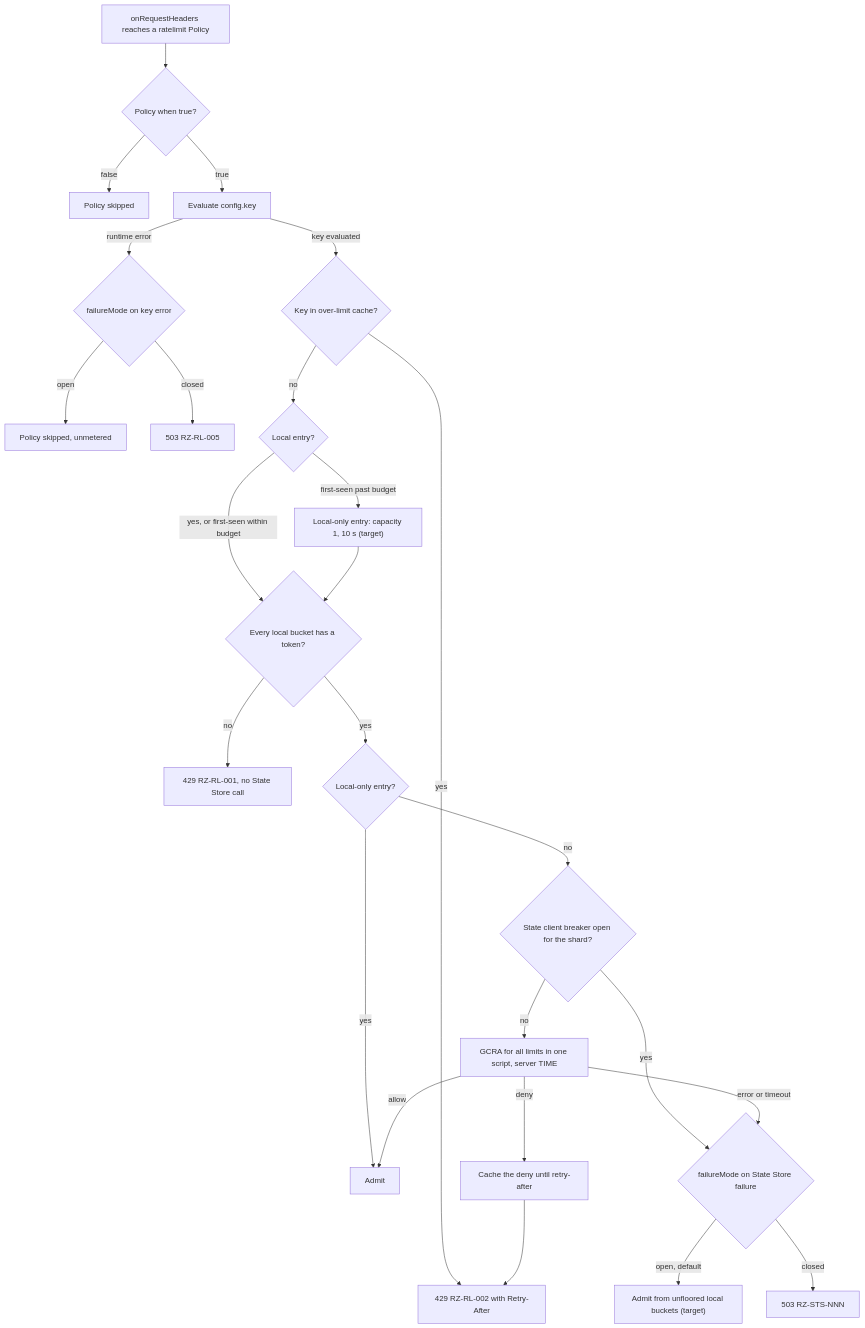
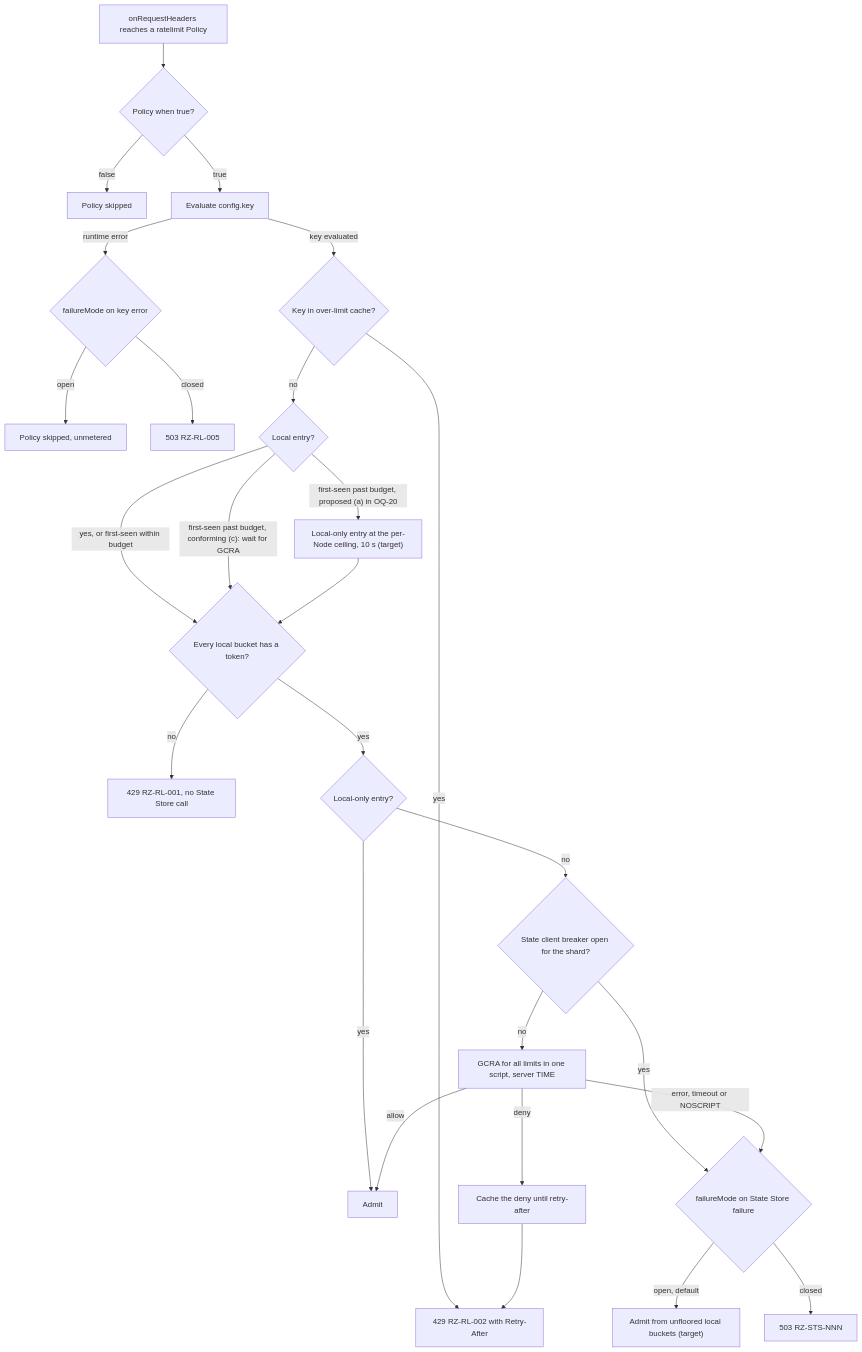
The third of 4 diagrams in docs/architecture/09-traffic-management-and-resilience.md (ravindu-rev/ruralz), drawn with Mermaid before and after one commit. The commit also changed other lines of this file and 12 other files, not shown here.

````diff
--- a/docs/architecture/09-traffic-management-and-resilience.md
+++ b/docs/architecture/09-traffic-management-and-resilience.md
@@ -220,27 +237,28 @@
 ```mermaid
 flowchart TD
     req["onRequestHeaders reaches a ratelimit Policy"] --> when{"Policy when true?"}
     when -- "false" --> skip["Policy skipped"]
     when -- "true" --> key["Evaluate config.key"]
     key -- "runtime error" --> kfm{"failureMode on key error"}
     kfm -- "open" --> kskip["Policy skipped, unmetered"]
     kfm -- "closed" --> r503k["503 RZ-RL-005"]
     key -- "key evaluated" --> olc{"Key in over-limit cache?"}
     olc -- "yes" --> deny2["429 RZ-RL-002 with Retry-After"]
     olc -- "no" --> nk{"Local entry?"}
     nk -- "yes, or first-seen within budget" --> lb{"Every local bucket has a token?"}
-    nk -- "first-seen past budget" --> local["Local-only entry: capacity 1, 10 s (target)"]
+    nk -- "first-seen past budget, conforming (c): wait for GCRA" --> lb
+    nk -- "first-seen past budget, proposed (a) in OQ-20" --> local["Local-only entry at the per-Node ceiling, 10 s (target)"]
     local --> lb
     lb -- "no" --> deny1["429 RZ-RL-001, no State Store call"]
     lb -- "yes" --> lo{"Local-only entry?"}
     lo -- "yes" --> ok["Admit"]
     lo -- "no" --> brk{"State client breaker open for the shard?"}
     brk -- "yes" --> fm{"failureMode on State Store failure"}
     brk -- "no" --> gcra["GCRA for all limits in one script, server TIME"]
     gcra -- "allow" --> ok
     gcra -- "deny" --> cache["Cache the deny until retry-after"]
     cache --> deny2
-    gcra -- "error or timeout" --> fm
+    gcra -- "error, timeout or NOSCRIPT" --> fm
     fm -- "open, default" --> admit["Admit from unfloored local buckets (target)"]
     fm -- "closed" --> r503["503 RZ-STS-NNN"]
 ```
````
